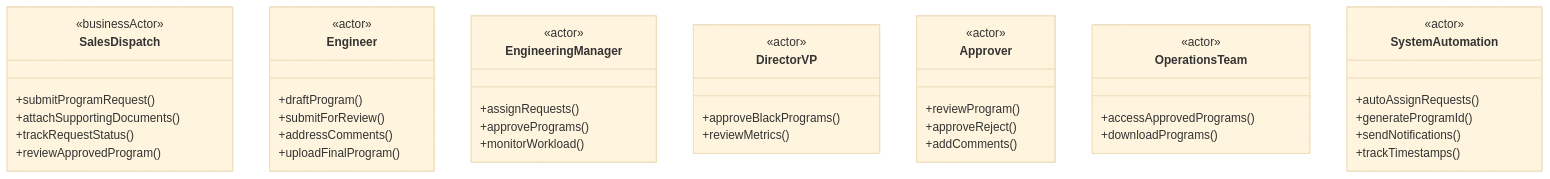
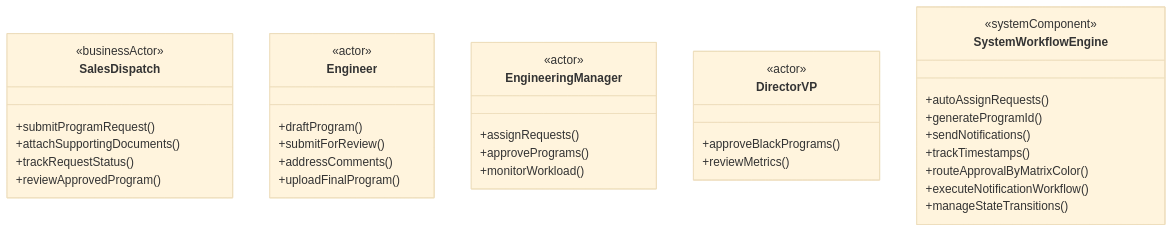
The first of 9 diagrams in Documents/01 - Cementing Service Invitation/03 - Request Job Design/Artifacts/Analysis/02-Design/002-系统分析.md (Sanjel-Energy-Services/eService_WorkItems), drawn with Mermaid (base theme) before and after one commit. The commit also changed other lines of this file, not shown here.

Commit message:
feat: Enhance system domain model with updated participant roles and state management for Program Request

````diff
--- a/Documents/01 - Cementing Service Invitation/03 - Request Job Design/Artifacts/Analysis/02-Design/002-系统分析.md
+++ b/Documents/01 - Cementing Service Invitation/03 - Request Job Design/Artifacts/Analysis/02-Design/002-系统分析.md
@@ -9,54 +7,44 @@
 ```mermaid
 classDiagram
-    direction TB
-    
-    class SalesDispatch {
-        <<businessActor>>
-        +submitProgramRequest()
-        +attachSupportingDocuments()
-        +trackRequestStatus()
-        +reviewApprovedProgram()
-    }
-    
-    class Engineer {
-        <<actor>>
-        +draftProgram()
-        +submitForReview()
-        +addressComments()
-        +uploadFinalProgram()
-    }
-    
-    class EngineeringManager {
-        <<actor>>
-        +assignRequests()
-        +approvePrograms()
-        +monitorWorkload()
-    }
-    
-    class DirectorVP {
-        <<actor>>
-        +approveBlackPrograms()
-        +reviewMetrics()
-    }
-    
-    class Approver {
-        <<actor>>
-        +reviewProgram()
-        +approveReject()
-        +addComments()
-    }
-    
-    class OperationsTeam {
-        <<actor>>
-        +accessApprovedPrograms()
-        +downloadPrograms()
-    }
-    
-    class SystemAutomation {
-        <<actor>>
-        +autoAssignRequests()
-        +generateProgramId()
-        +sendNotifications()
-        +trackTimestamps()
-    }
+direction TB
+
+class SalesDispatch {
+	<<businessActor>>
+	+submitProgramRequest()
+	+attachSupportingDocuments()
+	+trackRequestStatus()
+	+reviewApprovedProgram()
+}
+
+class Engineer {
+	<<actor>>
+	+draftProgram()
+	+submitForReview()
+	+addressComments()
+	+uploadFinalProgram()
+}
+
+class EngineeringManager {
+	<<actor>>
+	+assignRequests()
+	+approvePrograms()
+	+monitorWorkload()
+}
+
+class DirectorVP {
+	<<actor>>
+	+approveBlackPrograms()
+	+reviewMetrics()
+}
+
+class SystemWorkflowEngine {
+	<<systemComponent>>
+	+autoAssignRequests()
+	+generateProgramId()
+	+sendNotifications()
+	+trackTimestamps()
+	+routeApprovalByMatrixColor()
+	+executeNotificationWorkflow()
+	+manageStateTransitions()
+}
 ```
````
